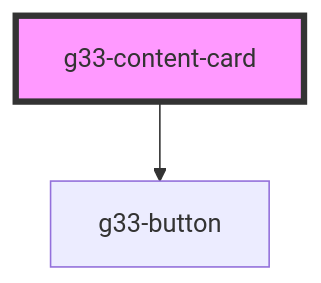
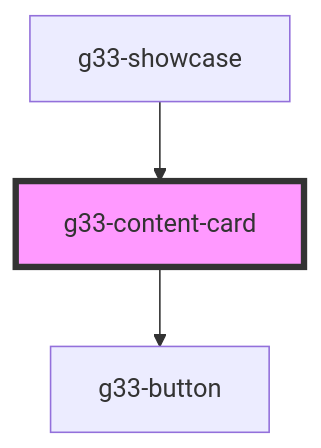
One commit to juliencap/g33-stencil-design-system changed the diagram in src/components/g33-content-card/readme.md. Above: the diagram before and after it, drawn with Mermaid. The commit also changed other lines of this file and 54 other files, not shown here.

````diff
--- a/src/components/g33-content-card/readme.md
+++ b/src/components/g33-content-card/readme.md
@@ -30,5 +34,6 @@
 ```mermaid
 graph TD;
   g33-content-card --> g33-button
+  g33-showcase --> g33-content-card
   style g33-content-card fill:#f9f,stroke:#333,stroke-width:4px
 ```
````
